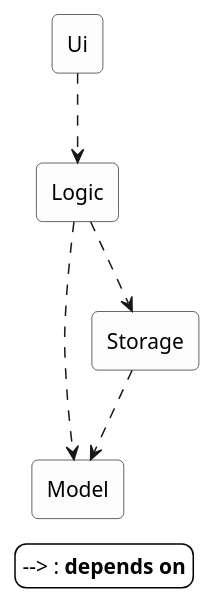
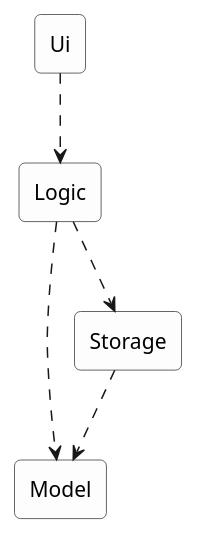
One commit to se-edu/se-book changed the diagram in architecture/introduction/what/images/architecture.puml. Above: the diagram before and after it, drawn with PlantUML. The commit also changed 10 other files, not shown here.

Commit message:
architecture: Tweak diagrams

```diff
--- a/architecture/introduction/what/images/architecture.puml
+++ b/architecture/introduction/what/images/architecture.puml
@@ -1,22 +1,19 @@
 @startuml
 skinparam backgroundColor transparent
 skinparam shadowing false
 skinparam defaultTextAlignment center
 skinparam rectangle {
   BackgroundColor #FDFDFD
   BorderColor #333333
   roundCorner 8
 }
 top to bottom direction
 rectangle "Ui" as ui
 rectangle "Logic" as logic
 rectangle "Model" as model
 rectangle "Storage" as storage
 ui ..> logic
 logic ..> model
 logic ..> storage
 storage ..> model
-legend bottom
-  --> : <b>depends on</b>
-endlegend
 @enduml
```
